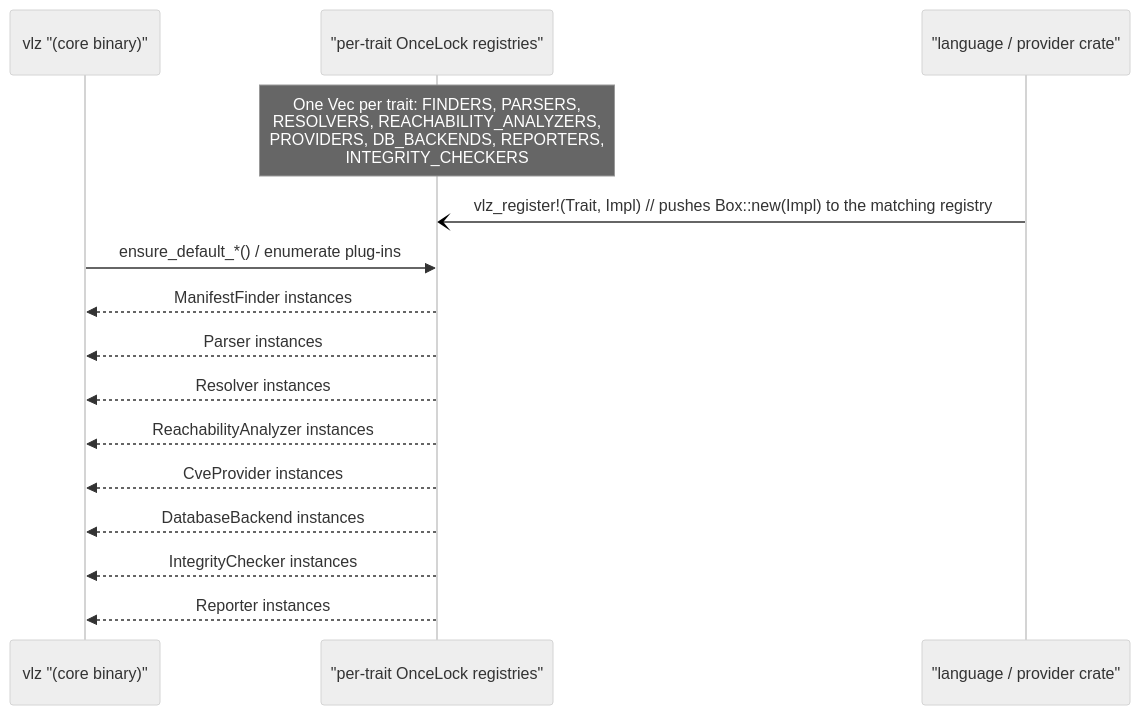
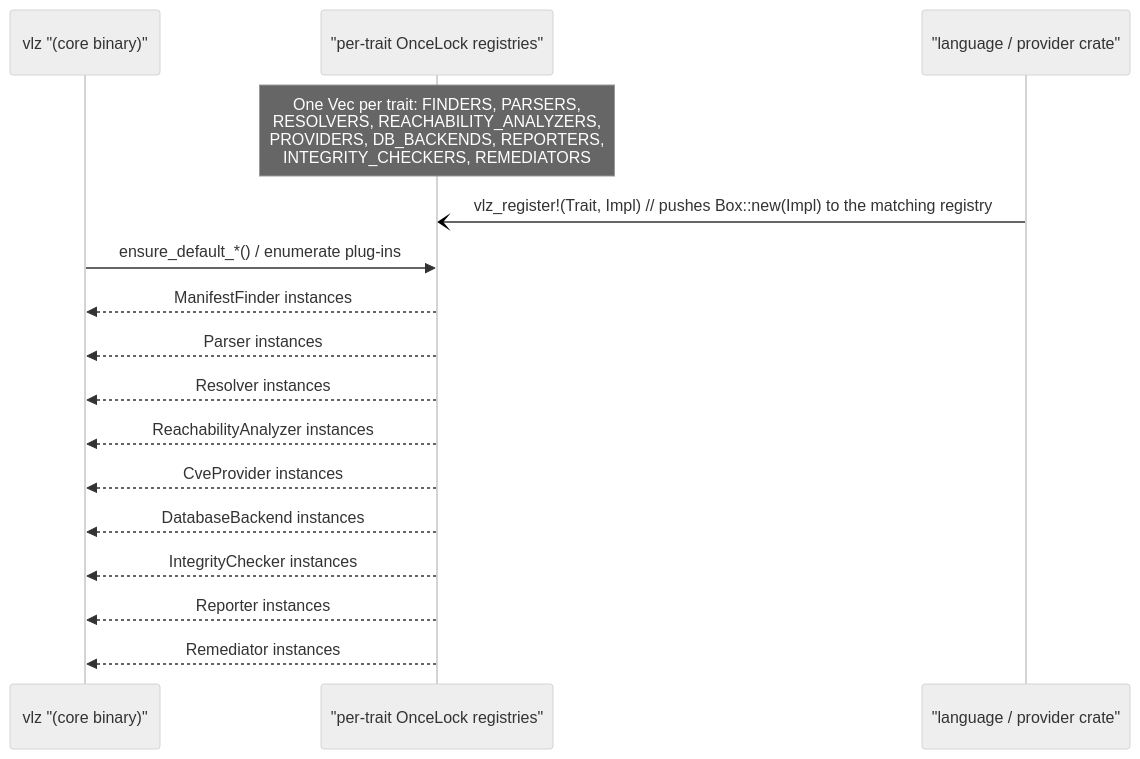
One commit to verilyze/verilyze changed the diagram in architecture/plugin-registration-flow.mmd. Above: the diagram before and after it, drawn with Mermaid (neutral theme). The commit also changed 13 other files, not shown here.

```diff
--- a/architecture/plugin-registration-flow.mmd
+++ b/architecture/plugin-registration-flow.mmd
@@ -1,20 +1,21 @@
 sequenceDiagram
     participant Core as vlz "(core binary)"
     participant Registries as "per-trait OnceLock registries"
     participant Plugin as "language / provider crate"
 
-    note over Registries: One Vec per trait: FINDERS, PARSERS,<br/>RESOLVERS, REACHABILITY_ANALYZERS,<br/>PROVIDERS, DB_BACKENDS, REPORTERS,<br/>INTEGRITY_CHECKERS
+    note over Registries: One Vec per trait: FINDERS, PARSERS,<br/>RESOLVERS, REACHABILITY_ANALYZERS,<br/>PROVIDERS, DB_BACKENDS, REPORTERS,<br/>INTEGRITY_CHECKERS, REMEDIATORS
 
     %% Plug‑in registration (compile-time, one-way)
     Plugin -) Registries: vlz_register!(Trait, Impl)  // pushes Box::new(Impl) to the matching registry
 
     %% Runtime start‑up (core reads the compiled registries)
     Core ->> Registries: ensure_default_*() / enumerate plug‑ins
     Registries -->> Core: ManifestFinder instances
     Registries -->> Core: Parser instances
     Registries -->> Core: Resolver instances
     Registries -->> Core: ReachabilityAnalyzer instances
     Registries -->> Core: CveProvider instances
     Registries -->> Core: DatabaseBackend instances
     Registries -->> Core: IntegrityChecker instances
     Registries -->> Core: Reporter instances
+    Registries -->> Core: Remediator instances
```
